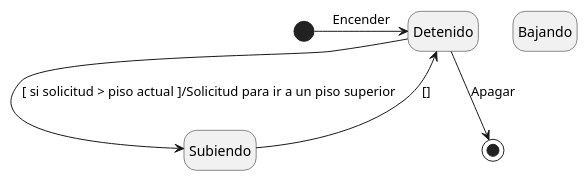
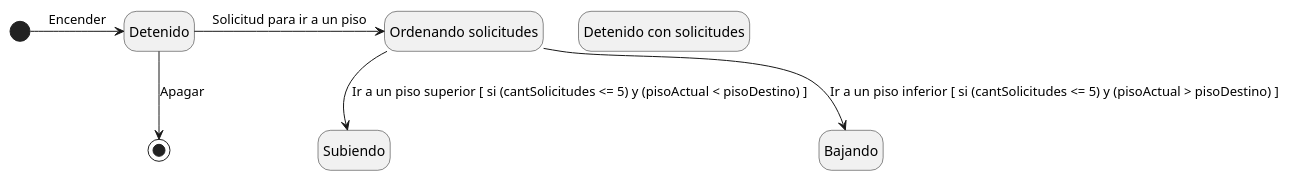
One commit to Z0SO/UML-Practice changed the second of 2 diagrams in Parcial_2/01-Vista_maquina_de_estados/ej-3.md. Above: the diagram before and after it, drawn with PlantUML.

Commit message:
bkp -> 2024-11-18 21:07:37

````diff
--- a/Parcial_2/01-Vista_maquina_de_estados/ej-3.md
+++ b/Parcial_2/01-Vista_maquina_de_estados/ej-3.md
@@ -47,19 +47,23 @@
 ```plantuml
 @startuml
 hide empty description
 
 state "Detenido" as detenido 
 state "Subiendo" as subiendo
 state "Bajando" as bajando
+state "Detenido con solicitudes" as detenidoConSolicitudes
 
+state "Ordenando solicitudes" as ordenandoSolicitudes
 
 
 [*] -> detenido: Encender
 
-detenido --> subiendo: [ si solicitud > piso actual ]/Solicitud para ir a un piso superior
+detenido -> ordenandoSolicitudes: Solicitud para ir a un piso
 
-subiendo -> detenido: []
+ordenandoSolicitudes --> subiendo: Ir a un piso superior [ si (cantSolicitudes <= 5) y (pisoActual < pisoDestino) ]
+
+ordenandoSolicitudes --> bajando: Ir a un piso inferior [ si (cantSolicitudes <= 5) y (pisoActual > pisoDestino) ]
 
 detenido --> [*]: Apagar
 @enduml
 ```
````
